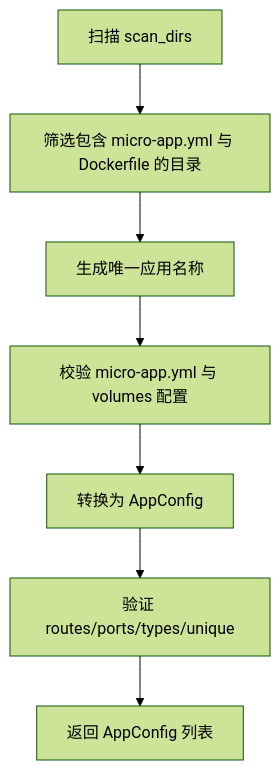
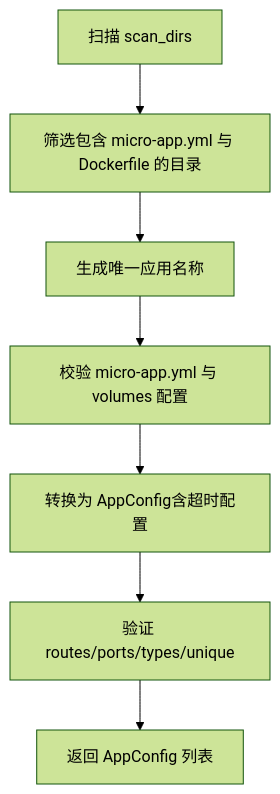
The fifth of 8 diagrams in .qoder/repowiki/zh/content/架构设计/模块设计/反向代理模块.md (cao5zy/proxy-config), drawn with Mermaid (forest theme) before and after one commit. The commit also changed other lines of this file and 5 other files, not shown here.

````diff
--- a/.qoder/repowiki/zh/content/架构设计/模块设计/反向代理模块.md
+++ b/.qoder/repowiki/zh/content/架构设计/模块设计/反向代理模块.md
@@ -271,9 +293,9 @@
 ```mermaid
 flowchart TD
 Scan["扫描 scan_dirs"] --> Filter["筛选包含 micro-app.yml 与 Dockerfile 的目录"]
 Filter --> UniqueName["生成唯一应用名称"]
 UniqueName --> Validate["校验 micro-app.yml 与 volumes 配置"]
-Validate --> Convert["转换为 AppConfig"]
+Validate --> Convert["转换为 AppConfig含超时配置"]
 Convert --> Verify["验证 routes/ports/types/unique"]
 Verify --> Done["返回 AppConfig 列表"]
 ```
````
